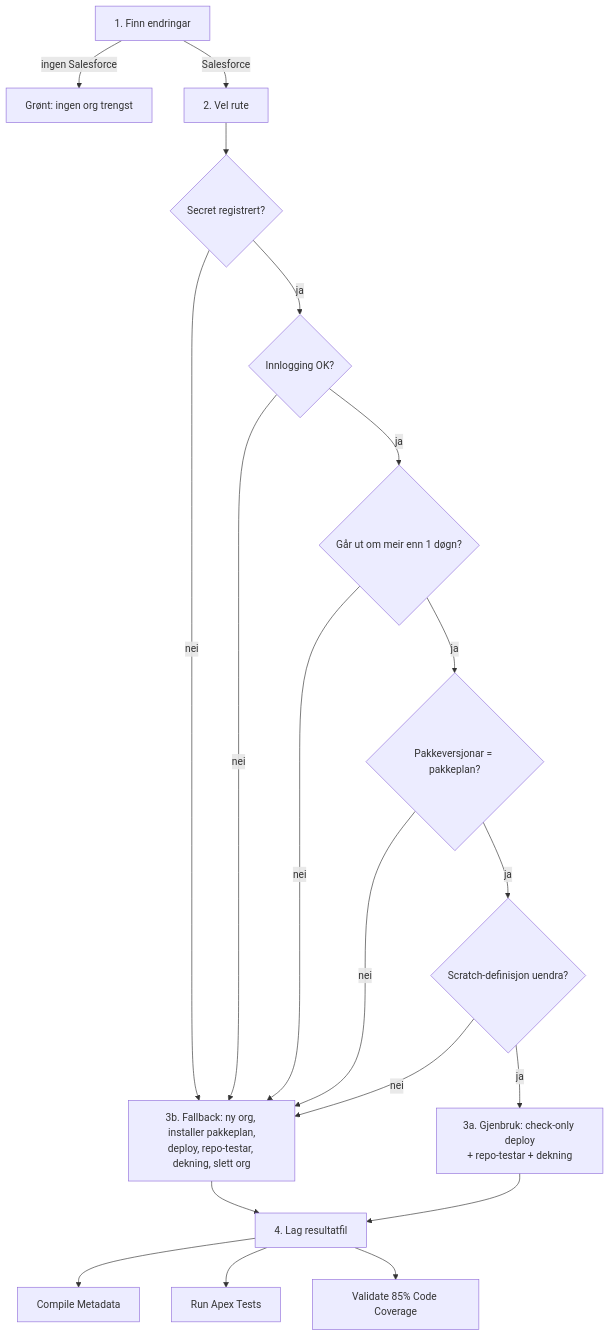
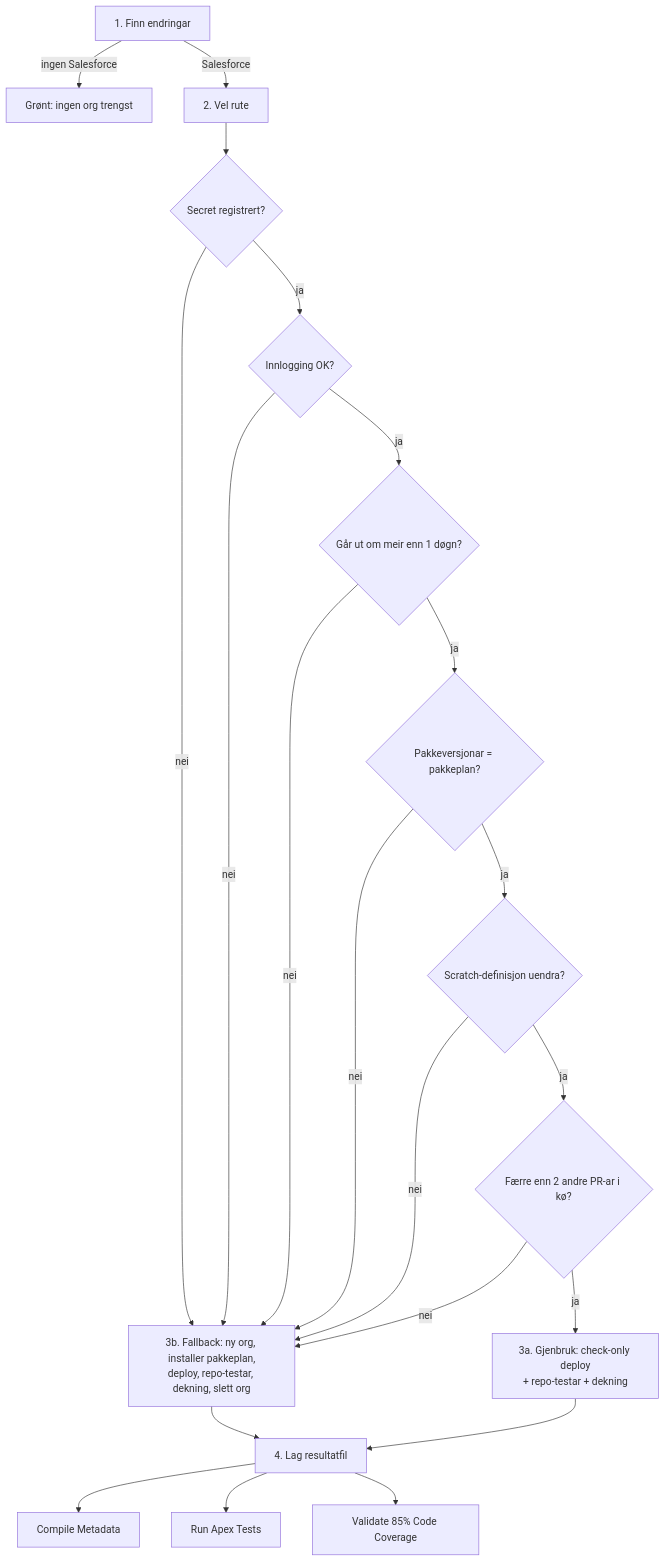
The second of 4 diagrams in .github/specs/reusable-scratch-org-pr-validation.md (navikt/crm-arbeidsforhold), drawn with Mermaid before and after one commit. The commit also changed other lines of this file, not shown here.

````diff
--- a/.github/specs/reusable-scratch-org-pr-validation.md
+++ b/.github/specs/reusable-scratch-org-pr-validation.md
@@ -62,23 +62,25 @@
 ```mermaid
 flowchart TD
     A[1. Finn endringar] -->|ingen Salesforce| Z[Grønt: ingen org trengst]
     A -->|Salesforce| B[2. Vel rute]
     B --> B1{Secret registrert?}
     B1 -- nei --> F
     B1 -- ja --> B2{Innlogging OK?}
     B2 -- nei --> F
     B2 -- ja --> B3{Går ut om meir enn 1 døgn?}
     B3 -- nei --> F
     B3 -- ja --> B4{Pakkeversjonar = pakkeplan?}
     B4 -- nei --> F
     B4 -- ja --> B5{Scratch-definisjon uendra?}
     B5 -- nei --> F
-    B5 -- ja --> RU
+    B5 -- ja --> B6{"Færre enn 2 andre PR-ar i kø?"}
+    B6 -- nei --> F
+    B6 -- ja --> RU
 
     RU[3a. Gjenbruk: check-only deploy<br/>+ repo-testar + dekning] --> G
     F[3b. Fallback: ny org, installer pakkeplan,<br/>deploy, repo-testar, dekning, slett org] --> G
 
     G[4. Lag resultatfil] --> H1[Compile Metadata]
     G --> H2[Run Apex Tests]
     G --> H3[Validate 85% Code Coverage]
 ```
````
